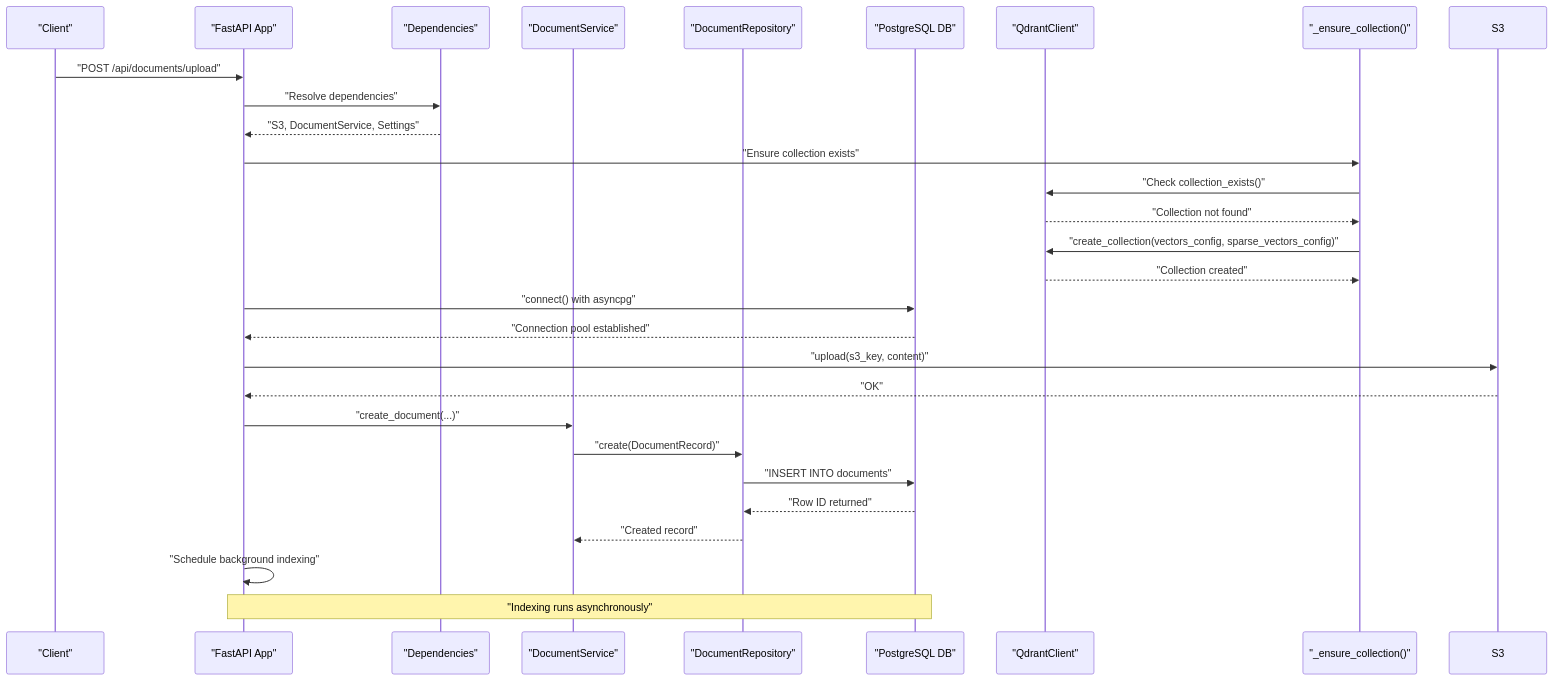
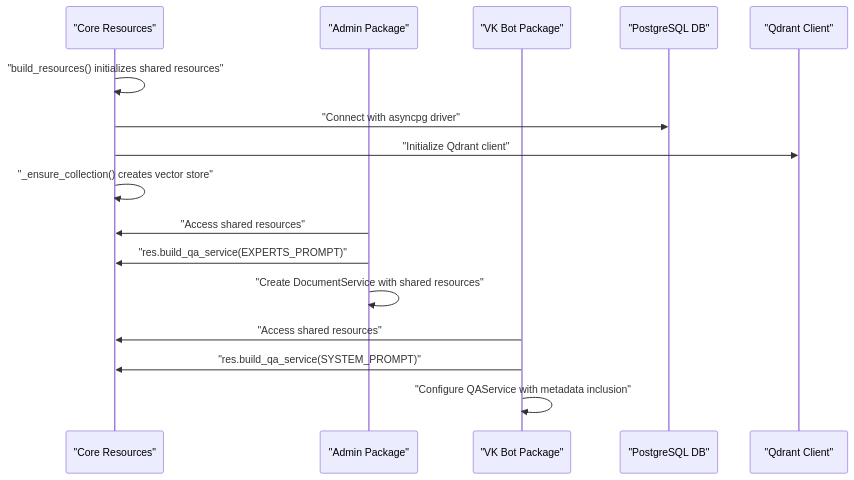
The second of 8 diagrams in .qoder/repowiki/en/content/API Reference/Resource Management System.md (ognelis/cafetera_hr_bot), drawn with Mermaid before and after one commit. The commit also changed other lines of this file and 51 other files, not shown here.

````diff
--- a/.qoder/repowiki/en/content/API Reference/Resource Management System.md
+++ b/.qoder/repowiki/en/content/API Reference/Resource Management System.md
@@ -172,30 +148,18 @@
 ```mermaid
 sequenceDiagram
-participant Client as "Client"
-participant API as "FastAPI App"
-participant Deps as "Dependencies"
-participant Svc as "DocumentService"
-participant Repo as "DocumentRepository"
-participant PG as "PostgreSQL DB"
-participant Qdr as "QdrantClient"
-participant Coll as "_ensure_collection()"
-Client->>API : "POST /api/documents/upload"
-API->>Deps : "Resolve dependencies"
-Deps-->>API : "S3, DocumentService, Settings"
-API->>Coll : "Ensure collection exists"
-Coll->>Qdr : "Check collection_exists()"
-Qdr-->>Coll : "Collection not found"
-Coll->>Qdr : "create_collection(vectors_config, sparse_vectors_config)"
-Qdr-->>Coll : "Collection created"
-API->>PG : "connect() with asyncpg"
-PG-->>API : "Connection pool established"
-API->>S3 : "upload(s3_key, content)"
-S3-->>API : "OK"
-API->>Svc : "create_document(...)"
-Svc->>Repo : "create(DocumentRecord)"
-Repo->>PG : "INSERT INTO documents"
-PG-->>Repo : "Row ID returned"
-Repo-->>Svc : "Created record"
-API->>API : "Schedule background indexing"
-Note over API,PG : "Indexing runs asynchronously"
+participant Core as "Core Resources"
+participant Admin as "Admin Package"
+participant VK as "VK Bot Package"
+participant DB as "PostgreSQL DB"
+participant Qdr as "Qdrant Client"
+Core->>Core : "build_resources() initializes shared resources"
+Core->>DB : "Connect with asyncpg driver"
+Core->>Qdr : "Initialize Qdrant client"
+Core->>Core : "_ensure_collection() creates vector store"
+Admin->>Core : "Access shared resources"
+Admin->>Core : "res.build_qa_service(EXPERTS_PROMPT)"
+Admin->>Admin : "Create DocumentService with shared resources"
+VK->>Core : "Access shared resources"
+VK->>Core : "res.build_qa_service(SYSTEM_PROMPT)"
+VK->>VK : "Configure QAService with metadata inclusion"
 ```
````
